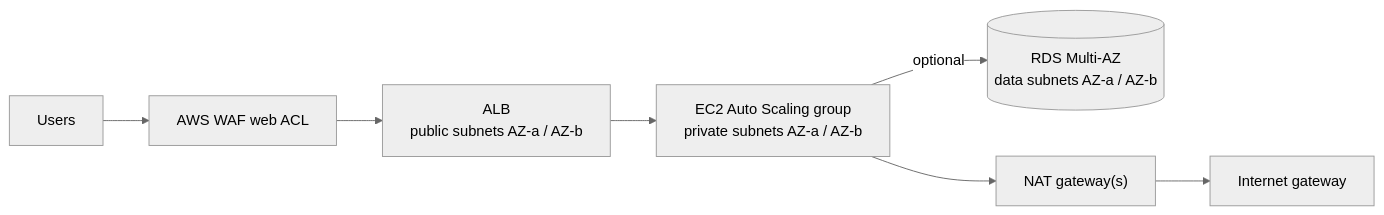
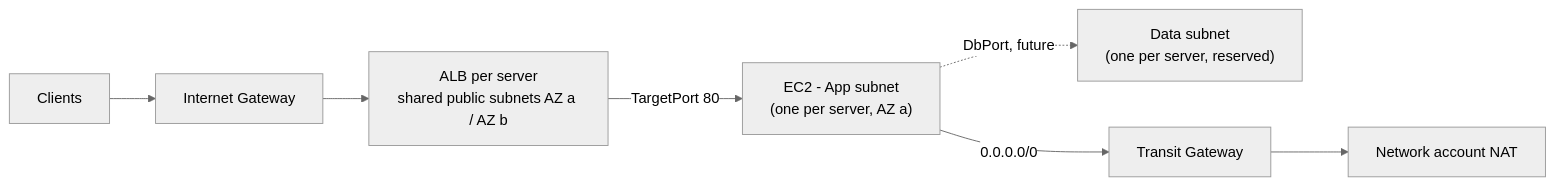
Before and after one commit to CirrusHQ-Pipeline-User/chq-nls-wordpress-pilot: the diagram in README.md, drawn with Mermaid (neutral theme). The commit also changed other lines of this file and 43 other files, not shown here.

````diff
--- a/README.md
+++ b/README.md
@@ -11,7 +19,7 @@
 ```mermaid
 flowchart LR
-  U[Users] --> WAF[AWS WAF web ACL] --> ALB[ALB<br/>public subnets AZ-a / AZ-b]
-  ALB --> ASG[EC2 Auto Scaling group<br/>private subnets AZ-a / AZ-b]
-  ASG -->|optional| RDS[(RDS Multi-AZ<br/>data subnets AZ-a / AZ-b)]
-  ASG --> NAT["NAT gateway(s)"] --> IGW[Internet gateway]
+  U[Clients] --> IGW[Internet Gateway] --> ALB["ALB per server<br/>shared public subnets AZ a / AZ b"]
+  ALB -->|TargetPort 80| EC2["EC2 - App subnet<br/>(one per server, AZ a)"]
+  EC2 -.->|DbPort, future| DATA["Data subnet<br/>(one per server, reserved)"]
+  EC2 -->|0.0.0.0/0| TGW[Transit Gateway] --> NAT[Network account NAT]
 ```
````
